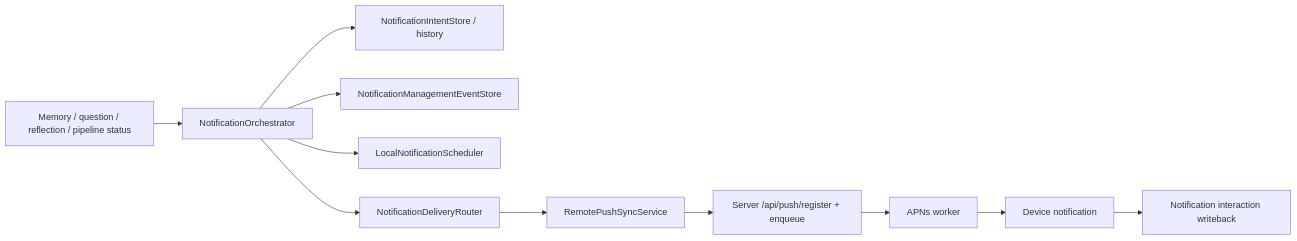
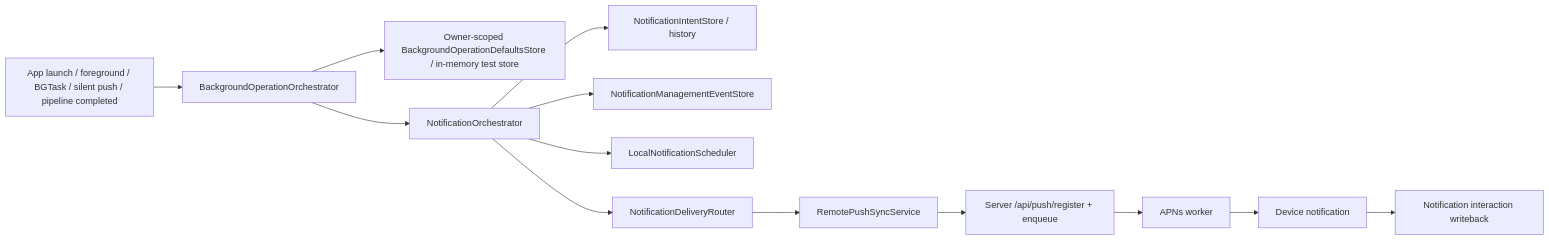
Before and after one commit to daaihang/sprout: the diagram in docs/mory_system_handbook/01_feature_inventory/notifications.md, drawn with Mermaid. The commit also changed other lines of this file and 90 other files, not shown here.

````diff
--- a/docs/mory_system_handbook/01_feature_inventory/notifications.md
+++ b/docs/mory_system_handbook/01_feature_inventory/notifications.md
@@ -31,13 +33,15 @@
 ```mermaid
 flowchart LR
-    A["Memory / question / reflection / pipeline status"] --> B["NotificationOrchestrator"]
+    A["App launch / foreground / BGTask / silent push / pipeline completed"] --> BG["BackgroundOperationOrchestrator"]
+    BG --> R["Owner-scoped BackgroundOperationDefaultsStore / in-memory test store"]
+    BG --> B["NotificationOrchestrator"]
     B --> C["NotificationIntentStore / history"]
     B --> L["NotificationManagementEventStore"]
     B --> D["LocalNotificationScheduler"]
     B --> E["NotificationDeliveryRouter"]
     E --> F["RemotePushSyncService"]
     F --> G["Server /api/push/register + enqueue"]
     G --> H["APNs worker"]
     H --> I["Device notification"]
     I --> J["Notification interaction writeback"]
 ```
````
